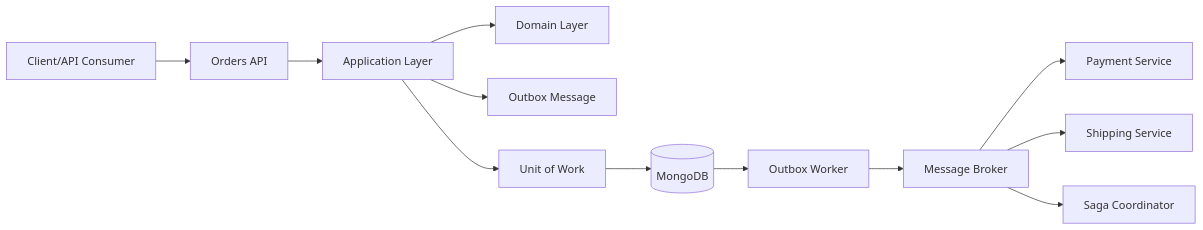
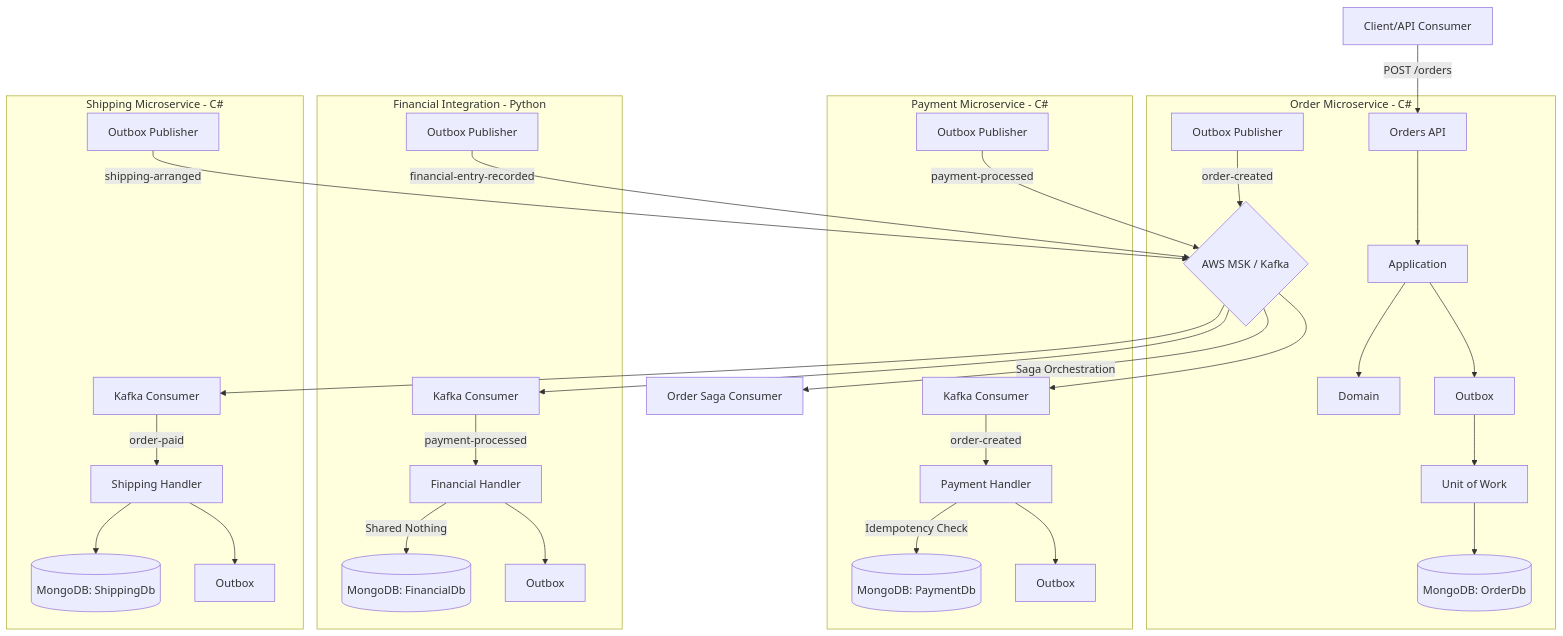
The diagram in README.md (ueidesantos/outbox-saga-lab), drawn with Mermaid before and after one commit. The commit also changed other lines of this file and 79 other files, not shown here.

First line of the commit message:
feat: implement polyglot outbox lab with AWS MSK and Python integration

````diff
--- a/README.md
+++ b/README.md
@@ -20,14 +19,39 @@
 ```mermaid
-flowchart LR
-    Client[Client/API Consumer] --> API[Orders API]
-    API --> APP[Application Layer]
-    APP --> DOMAIN[Domain Layer]
-    APP --> OUTBOX[Outbox Message]
-    APP --> UOW[Unit of Work]
-    UOW --> MONGO[(MongoDB)]
-    MONGO --> WORKER[Outbox Worker]
-    WORKER --> BUS[Message Broker]
-    BUS --> PAYMENT[Payment Service]
-    BUS --> SHIPPING[Shipping Service]
-    BUS --> COORDINATOR[Saga Coordinator]
+flowchart TD
+    Client[Client/API Consumer] -->|POST /orders| API[Orders API]
+
+    subgraph OrderService [Order Microservice - C#]
+        API --> APP_O[Application]
+        APP_O --> DOM_O[Domain]
+        APP_O --> OUT_O[Outbox]
+        UOW_O[Unit of Work] --> MON_O[(MongoDB: OrderDb)]
+        OUT_O --> UOW_O
+        PUB_O[Outbox Publisher] -->|order-created| KAFKA{AWS MSK / Kafka}
+    end
+
+    subgraph PaymentService [Payment Microservice - C#]
+        CON_P[Kafka Consumer] -->|order-created| HAN_P[Payment Handler]
+        HAN_P -->|Idempotency Check| MON_P[(MongoDB: PaymentDb)]
+        HAN_P --> OUT_P[Outbox]
+        PUB_P[Outbox Publisher] -->|payment-processed| KAFKA
+    end
+
+    subgraph FinancialService [Financial Integration - Python]
+        CON_F[Kafka Consumer] -->|payment-processed| HAN_F[Financial Handler]
+        HAN_F -->|Shared Nothing| MON_F[(MongoDB: FinancialDb)]
+        HAN_F --> OUT_F[Outbox]
+        PUB_F[Outbox Publisher] -->|financial-entry-recorded| KAFKA
+    end
+
+    subgraph ShippingService [Shipping Microservice - C#]
+        CON_S[Kafka Consumer] -->|order-paid| HAN_S[Shipping Handler]
+        HAN_S --> MON_S[(MongoDB: ShippingDb)]
+        HAN_S --> OUT_S[Outbox]
+        PUB_S[Outbox Publisher] -->|shipping-arranged| KAFKA
+    end
+
+    KAFKA --> CON_P
+    KAFKA --> CON_F
+    KAFKA -->|Saga Orchestration| CON_O[Order Saga Consumer]
+    KAFKA --> CON_S
 ```
````
